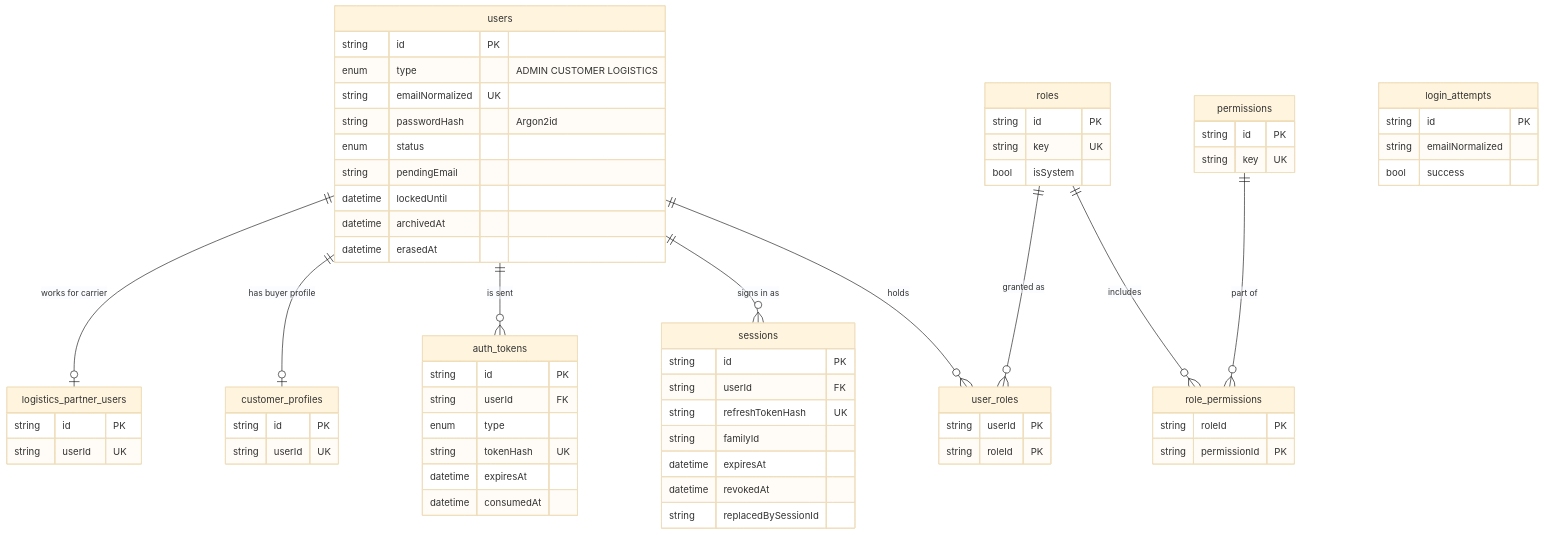
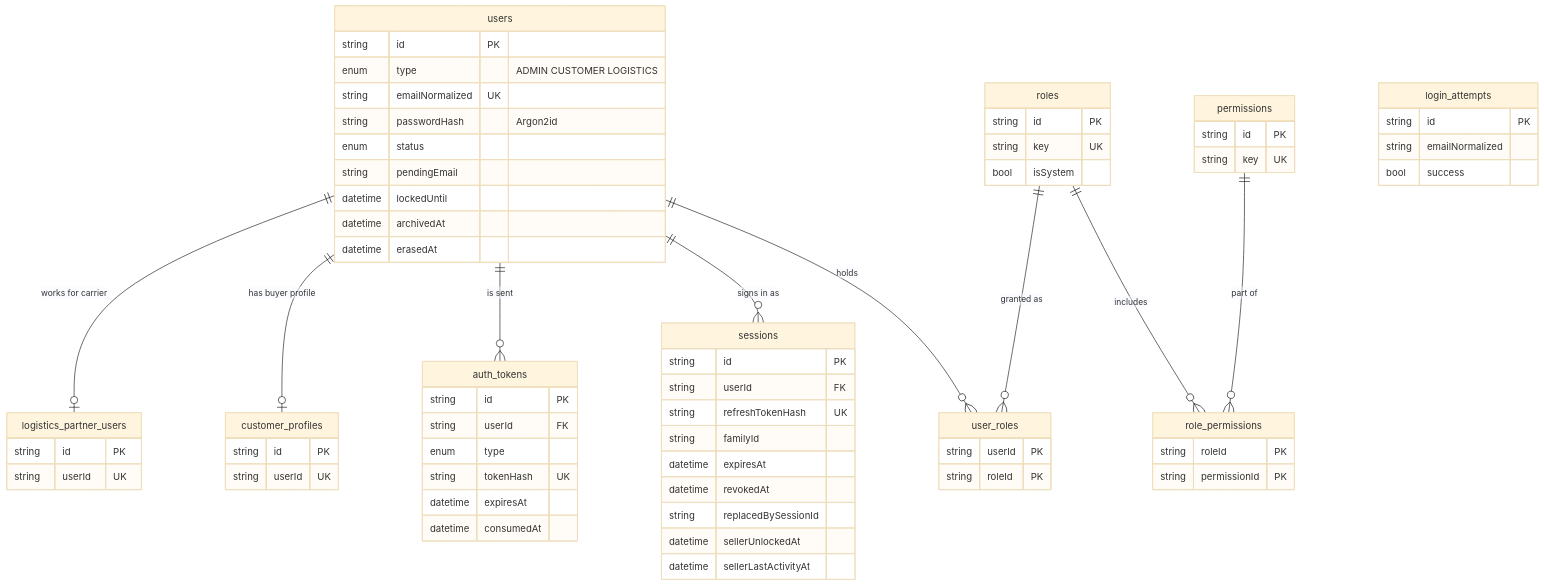
The second of 39 diagrams in docs/DATABASE-DESIGN.md (UBoss-AI/UBoss-Sourcing), drawn with Mermaid (base theme) before and after one commit. The commit also changed other lines of this file and 236 other files, not shown here.

````diff
--- a/docs/DATABASE-DESIGN.md
+++ b/docs/DATABASE-DESIGN.md
@@ -738,69 +738,71 @@
 ```mermaid
 erDiagram
     users ||--o{ user_roles : "holds"
     roles ||--o{ user_roles : "granted as"
     roles ||--o{ role_permissions : "includes"
     permissions ||--o{ role_permissions : "part of"
     users ||--o{ sessions : "signs in as"
     users ||--o{ auth_tokens : "is sent"
     users ||--o| customer_profiles : "has buyer profile"
     users ||--o| logistics_partner_users : "works for carrier"
     users {
         string id PK
         enum type "ADMIN CUSTOMER LOGISTICS"
         string emailNormalized UK
         string passwordHash "Argon2id"
         enum status
         string pendingEmail
         datetime lockedUntil
         datetime archivedAt
         datetime erasedAt
     }
     sessions {
         string id PK
         string userId FK
         string refreshTokenHash UK
         string familyId
         datetime expiresAt
         datetime revokedAt
         string replacedBySessionId
+        datetime sellerUnlockedAt
+        datetime sellerLastActivityAt
     }
     auth_tokens {
         string id PK
         string userId FK
         enum type
         string tokenHash UK
         datetime expiresAt
         datetime consumedAt
     }
     user_roles {
         string userId PK
         string roleId PK
     }
     roles {
         string id PK
         string key UK
         bool isSystem
     }
     permissions {
         string id PK
         string key UK
     }
     role_permissions {
         string roleId PK
         string permissionId PK
     }
     customer_profiles {
         string id PK
         string userId UK
     }
     logistics_partner_users {
         string id PK
         string userId UK
     }
     login_attempts {
         string id PK
         string emailNormalized
         bool success
     }
 ```
````
